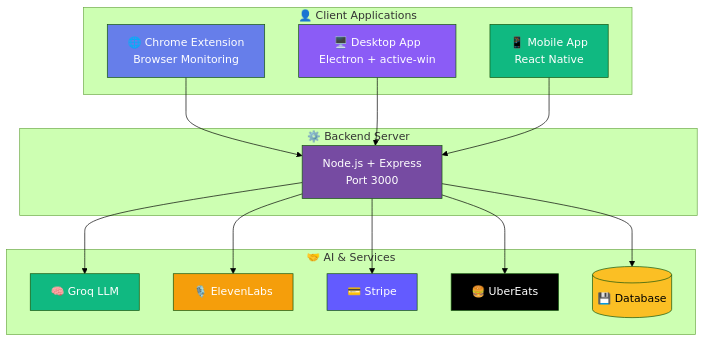
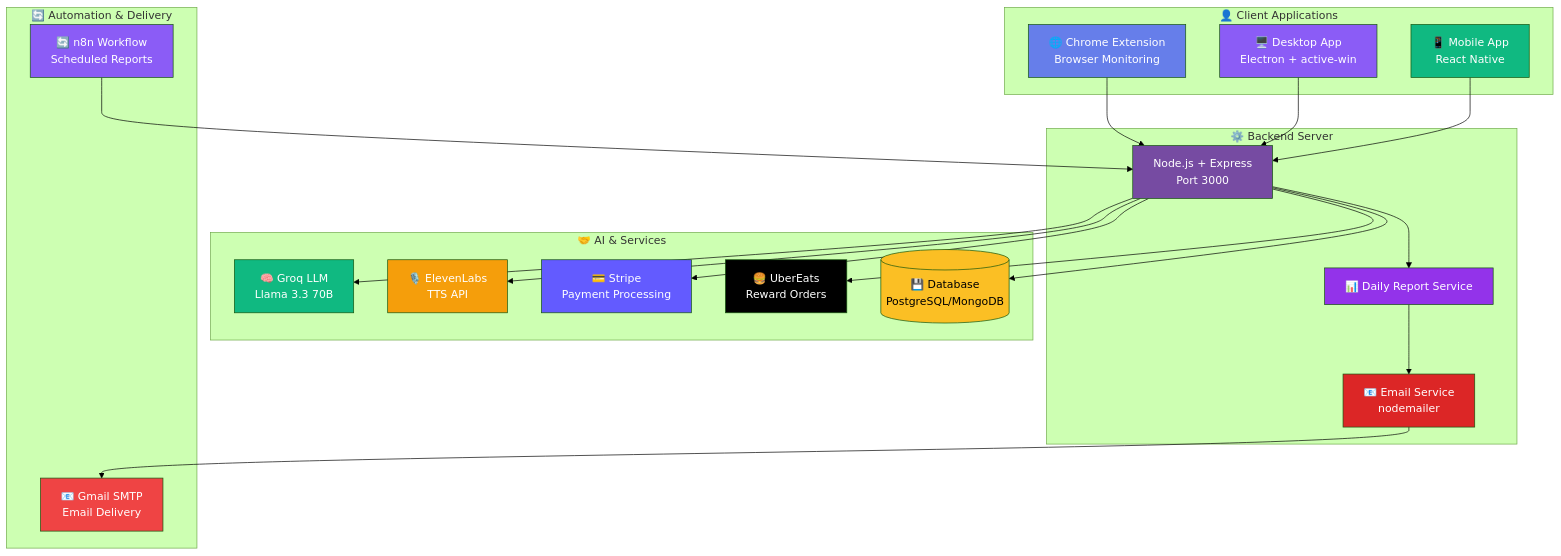
One commit to Jessi0803/Bad_Habit_Breaker changed the first of 2 diagrams in README.md. Above: the diagram before and after it, drawn with Mermaid (forest theme). The commit also changed other lines of this file, not shown here.

First line of the commit message:
📊 Add detailed architecture with n8n and Gmail

````diff
--- a/README.md
+++ b/README.md
@@ -395,40 +395,56 @@
 ```mermaid
 graph TB
     subgraph "👤 Client Applications"
         CE[🌐 Chrome Extension<br/>Browser Monitoring]
         DA[🖥️ Desktop App<br/>Electron + active-win]
         MA[📱 Mobile App<br/>React Native]
     end
     
     subgraph "⚙️ Backend Server"
         Backend[Node.js + Express<br/>Port 3000]
+        Report[📊 Daily Report Service]
+        Email[📧 Email Service<br/>nodemailer]
     end
     
     subgraph "🤝 AI & Services"
-        LLM[🧠 Groq LLM]
-        TTS[🎙️ ElevenLabs]
-        Stripe[💳 Stripe]
-        Uber[🍔 UberEats]
-        DB[(💾 Database)]
+        LLM[🧠 Groq LLM<br/>Llama 3.3 70B]
+        TTS[🎙️ ElevenLabs<br/>TTS API]
+        Stripe[💳 Stripe<br/>Payment Processing]
+        Uber[🍔 UberEats<br/>Reward Orders]
+        DB[(💾 Database<br/>PostgreSQL/MongoDB)]
+    end
+    
+    subgraph "🔄 Automation & Delivery"
+        n8n[🔄 n8n Workflow<br/>Scheduled Reports]
+        Gmail[📧 Gmail SMTP<br/>Email Delivery]
     end
     
     CE --> Backend
     DA --> Backend
     MA --> Backend
     
     Backend --> LLM
     Backend --> TTS
     Backend --> Stripe
     Backend --> Uber
     Backend --> DB
+    Backend --> Report
+    Report --> Email
+    
+    n8n --> Backend
+    Email --> Gmail
     
     style CE fill:#667eea,color:#fff
     style DA fill:#8b5cf6,color:#fff
     style MA fill:#10b981,color:#fff
     style Backend fill:#764ba2,color:#fff
     style LLM fill:#10b981,color:#fff
     style TTS fill:#f59e0b,color:#fff
     style Stripe fill:#635bff,color:#fff
     style Uber fill:#000,color:#fff
     style DB fill:#fbbf24,color:#000
+    style n8n fill:#8b5cf6,color:#fff
+    style Gmail fill:#ef4444,color:#fff
+    style Report fill:#9333ea,color:#fff
+    style Email fill:#dc2626,color:#fff
 ```
````
